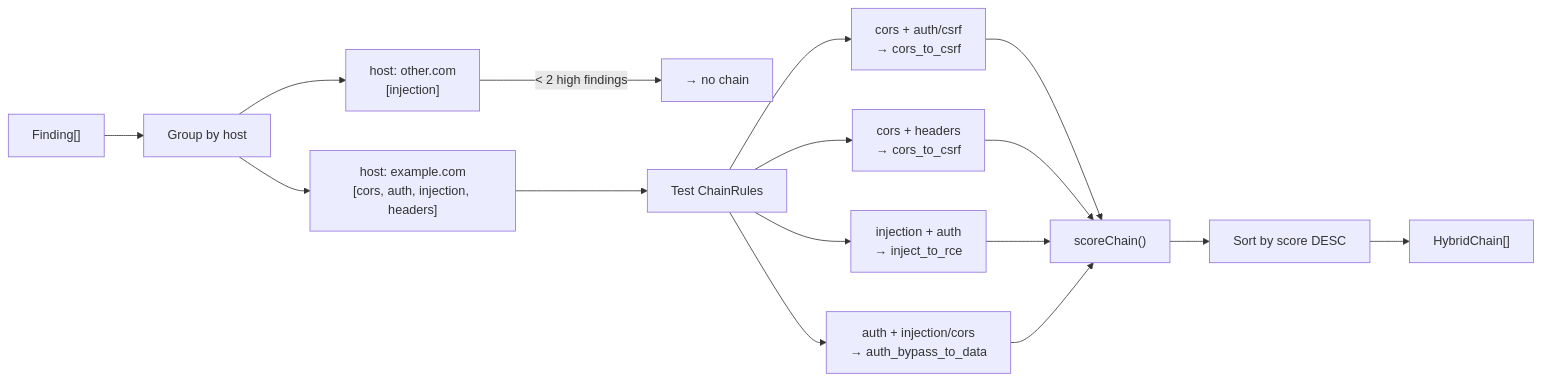
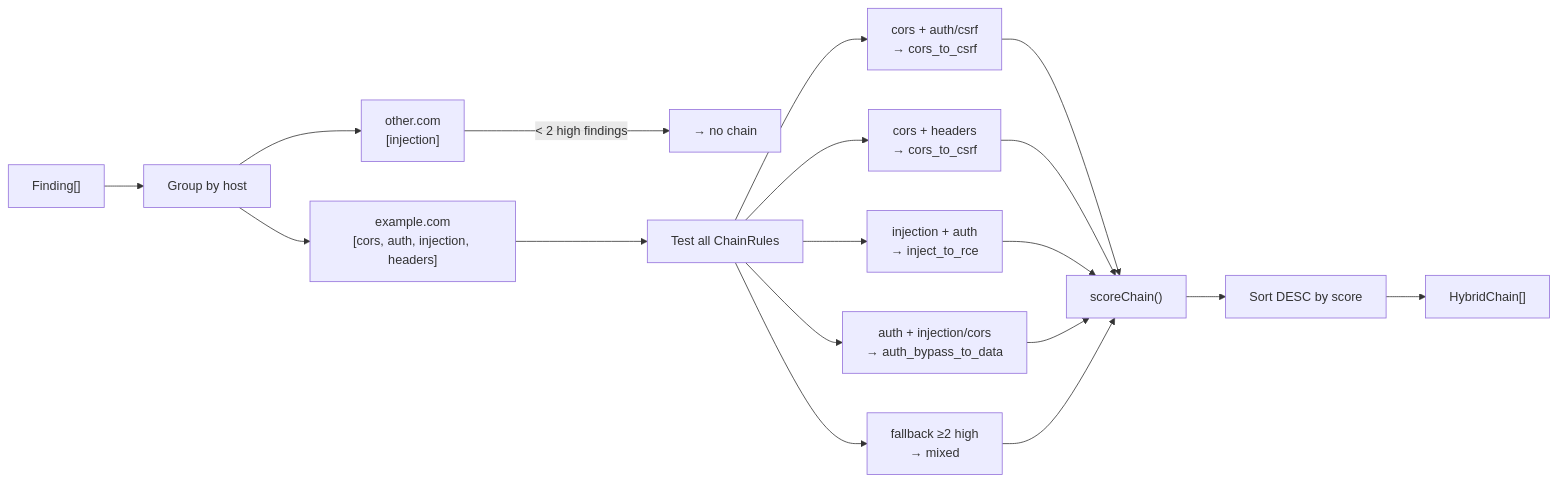
The third of 3 diagrams in README.md (lamin-16/MANINY), drawn with Mermaid before and after one commit. The commit also changed other lines of this file and 12 other files, not shown here.

````diff
--- a/README.md
+++ b/README.md
@@ -351,26 +494,20 @@
 ```mermaid
 flowchart LR
-    F["Finding[]"] --> GROUP
+    F["Finding[]"] --> GROUP["Group by host"]
 
-    GROUP["Group by host"]
-
-    GROUP --> H1["host: example.com\n[cors, auth, injection, headers]"]
-    GROUP --> H2["host: other.com\n[injection]"]
+    GROUP --> H1["example.com\n[cors, auth, injection, headers]"]
+    GROUP --> H2["other.com\n[injection]"]
 
     H2 -->|"< 2 high findings"| SKIP["→ no chain"]
-
-    H1 --> RULES["Test ChainRules"]
+    H1 --> RULES["Test all ChainRules"]
 
     RULES --> R1["cors + auth/csrf\n→ cors_to_csrf"]
     RULES --> R2["cors + headers\n→ cors_to_csrf"]
     RULES --> R3["injection + auth\n→ inject_to_rce"]
     RULES --> R4["auth + injection/cors\n→ auth_bypass_to_data"]
+    RULES --> R5["fallback ≥2 high\n→ mixed"]
 
-    R1 --> SCORE["scoreChain()"]
-    R2 --> SCORE
-    R3 --> SCORE
-    R4 --> SCORE
-
-    SCORE --> SORT["Sort by score DESC"]
-    SORT --> CHAINS["HybridChain[]"]
+    R1 & R2 & R3 & R4 & R5 --> SC["scoreChain()"]
+    SC --> SORT["Sort DESC by score"]
+    SORT --> OUT["HybridChain[]"]
 ```
````
